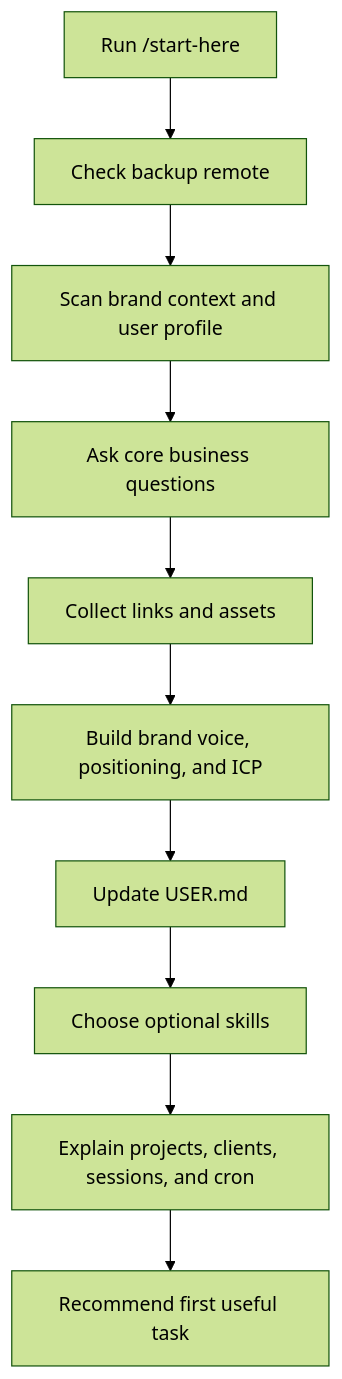
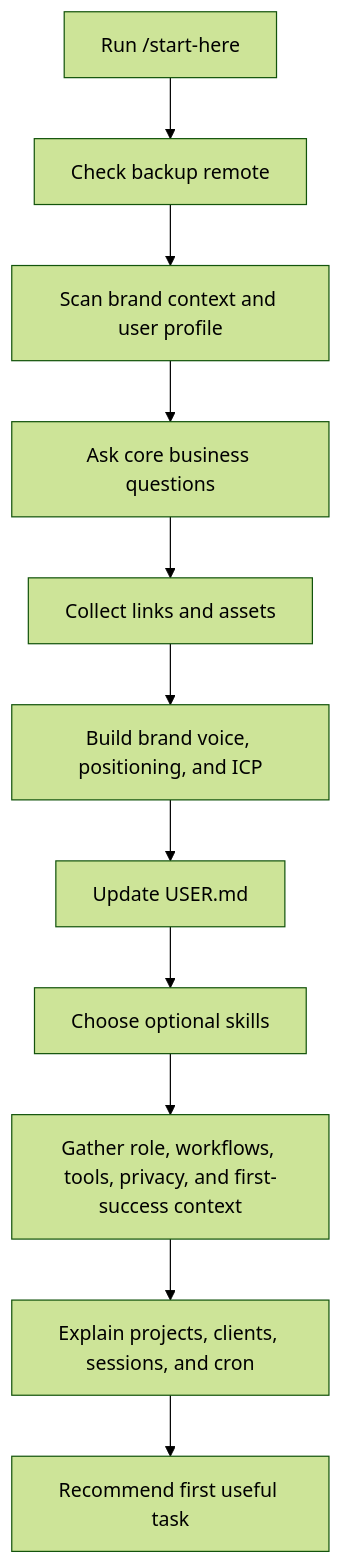
Before and after one commit to camrontaylor/AI-OS-Template: the diagram in docs/start-here-first-run.md, drawn with Mermaid (forest theme). The commit also changed other lines of this file and 5 other files, not shown here.

Commit message:
Refine start-here onboarding flow

````diff
--- a/docs/start-here-first-run.md
+++ b/docs/start-here-first-run.md
@@ -42,12 +42,13 @@
 ```mermaid
 flowchart TD
   A["Run /start-here"] --> B["Check backup remote"]
   B --> C["Scan brand context and user profile"]
   C --> D["Ask core business questions"]
   D --> E["Collect links and assets"]
   E --> F["Build brand voice, positioning, and ICP"]
   F --> G["Update USER.md"]
   G --> H["Choose optional skills"]
-  H --> I["Explain projects, clients, sessions, and cron"]
-  I --> J["Recommend first useful task"]
+  H --> I["Gather role, workflows, tools, privacy, and first-success context"]
+  I --> J["Explain projects, clients, sessions, and cron"]
+  J --> K["Recommend first useful task"]
 ```
````
